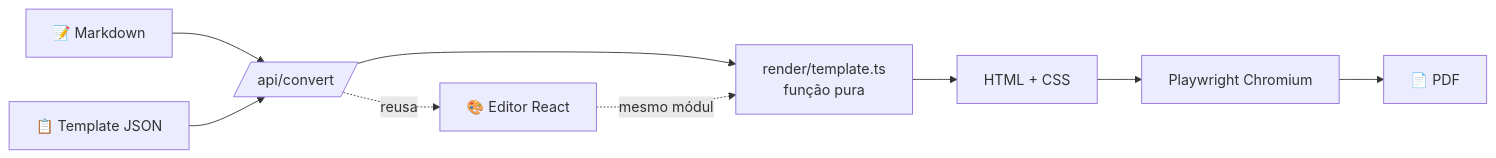
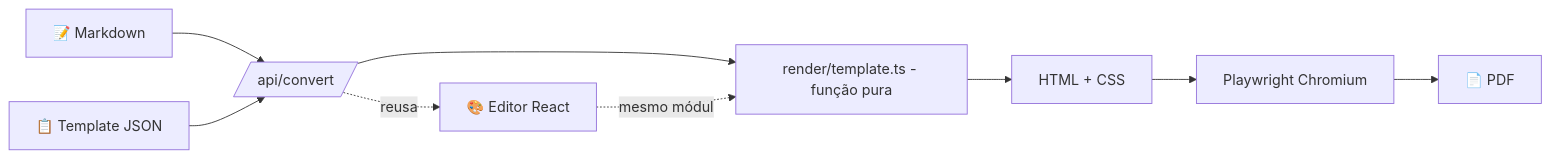
Before and after one commit to pguedes17/MD2PDF: the diagram in README.md, drawn with Mermaid. The commit also changed other lines of this file, not shown here.

````diff
--- a/README.md
+++ b/README.md
@@ -363,11 +322,11 @@
 ```mermaid
 flowchart LR
     MD[📝 Markdown] --> R[/api/convert/]
     T[📋 Template JSON] --> R
-    R --> RENDER[render/template.ts<br/>função pura]
+    R --> RENDER[render/template.ts - função pura]
     RENDER --> HTML[HTML + CSS]
     HTML --> PW[Playwright Chromium]
     PW --> PDF[📄 PDF]
     R -.reusa.-> WEB[🎨 Editor React]
     WEB -.mesmo módulo.-> RENDER
 ```
````
